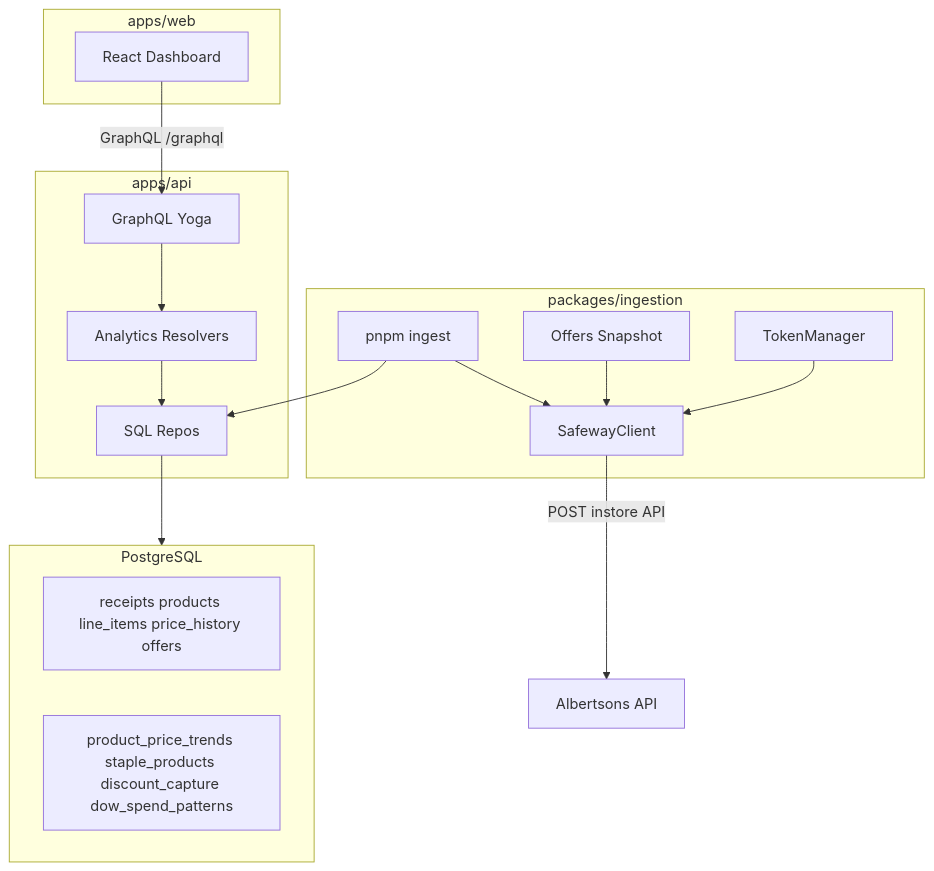
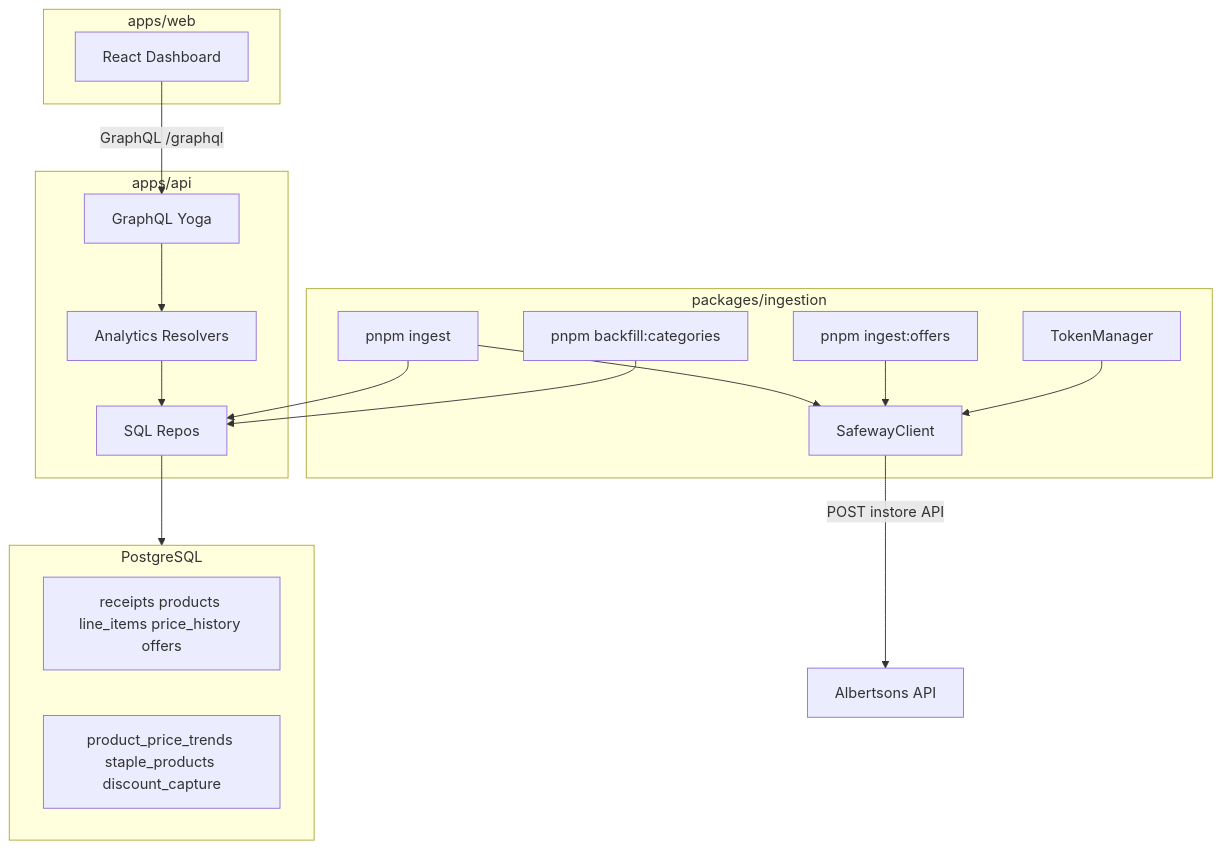
The diagram in docs/ARCHITECTURE.md (danielbussone/safeway-analytics), drawn with Mermaid before and after one commit. The commit also changed other lines of this file and 3 other files, not shown here.

````diff
--- a/docs/ARCHITECTURE.md
+++ b/docs/ARCHITECTURE.md
@@ -11,27 +13,29 @@
 ```mermaid
 flowchart TB
   subgraph client [apps/web]
     Dashboard[React Dashboard]
   end
   subgraph api [apps/api]
     Yoga[GraphQL Yoga]
     Resolvers[Analytics Resolvers]
     Repos[SQL Repos]
   end
   subgraph ingest [packages/ingestion]
     CLI["pnpm ingest"]
+    Backfill["pnpm backfill:categories"]
     SafewayClient[SafewayClient]
     TokenMgr[TokenManager]
-    OffersCron[Offers Snapshot]
+    OffersCLI["pnpm ingest:offers"]
   end
   subgraph data [PostgreSQL]
     Tables[receipts products line_items price_history offers]
-    Views[product_price_trends staple_products discount_capture dow_spend_patterns]
+    Views[product_price_trends staple_products discount_capture]
   end
   Dashboard -->|GraphQL /graphql| Yoga
   Yoga --> Resolvers --> Repos --> data
   CLI --> SafewayClient -->|POST instore API| Albertsons[Albertsons API]
-  OffersCron --> SafewayClient
+  OffersCLI --> SafewayClient
   CLI --> Repos
+  Backfill --> Repos
   TokenMgr --> SafewayClient
 ```
````
